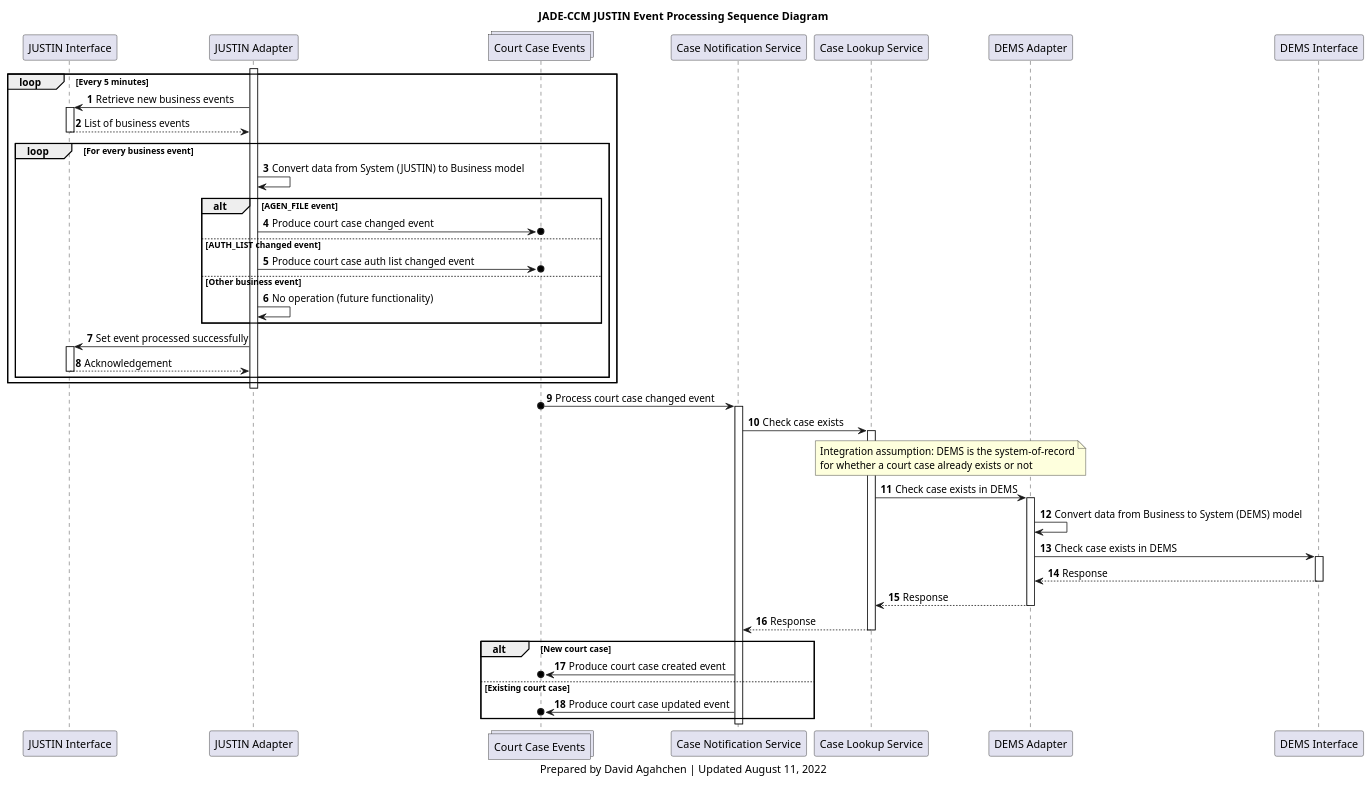
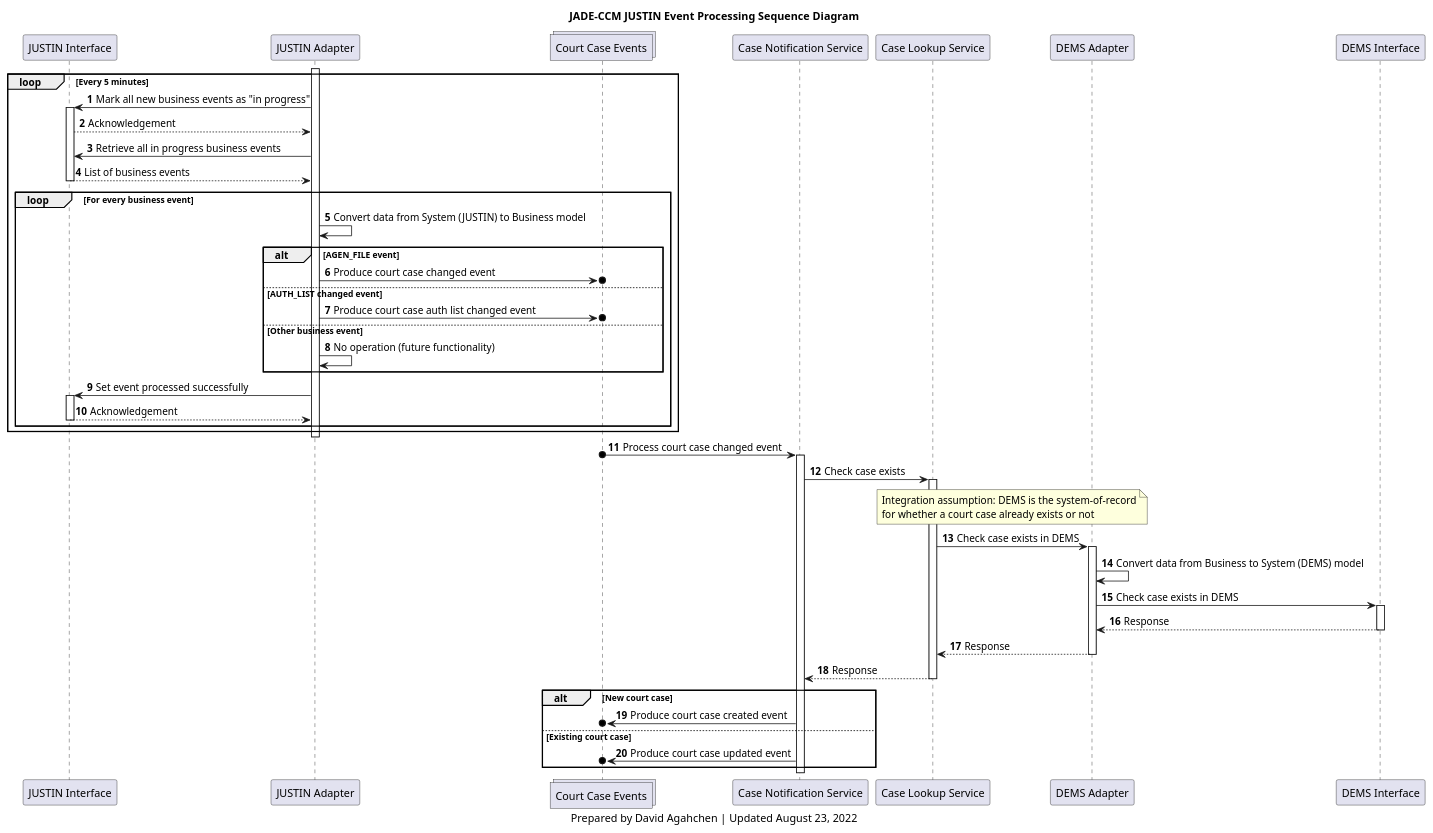
Before and after one commit to bcgov/jpss-jade-ccm: the diagram in img/src/ccm_justin_event_processing_sequence_diagram.plantuml, drawn with PlantUML. The commit also changed 5 other files, not shown here.

```diff
--- a/img/src/ccm_justin_event_processing_sequence_diagram.plantuml
+++ b/img/src/ccm_justin_event_processing_sequence_diagram.plantuml
@@ -1,69 +1,71 @@
 @startuml
 'hide footbox
 participant j_interface as "JUSTIN Interface"
 participant j_adapter as "JUSTIN Adapter"
 collections court_cases_topic as "Court Case Events"
 participant case_notification_service as "Case Notification Service"
 participant case_lookup_service as "Case Lookup Service"
 participant d_adapter as "DEMS Adapter"
 participant d_interface as "DEMS Interface"
 
 title
 JADE-CCM JUSTIN Event Processing Sequence Diagram
 end title
 
 autonumber
 
 activate j_adapter
 loop Every 5 minutes
-    j_adapter-> j_interface: Retrieve new business events
+    j_adapter-> j_interface: Mark all new business events as "in progress"
     activate j_interface
+    j_interface --> j_adapter: Acknowledgement
+    j_adapter-> j_interface: Retrieve all in progress business events
     j_interface --> j_adapter: List of business events
     deactivate j_interface
     loop For every business event
         j_adapter -> j_adapter: Convert data from System (JUSTIN) to Business model
         alt AGEN_FILE event
             j_adapter ->o court_cases_topic: Produce court case changed event
         else AUTH_LIST changed event
             j_adapter ->o court_cases_topic: Produce court case auth list changed event
         else Other business event
             j_adapter -> j_adapter: No operation (future functionality)
         end
         j_adapter -> j_interface: Set event processed successfully
         activate j_interface
         j_interface --> j_adapter: Acknowledgement
         deactivate j_interface
     end
 end
 deactivate j_adapter
 
 court_cases_topic o-> case_notification_service: Process court case changed event
 activate case_notification_service
 case_notification_service -> case_lookup_service: Check case exists
 activate case_lookup_service
 note over case_lookup_service, d_adapter
 Integration assumption: DEMS is the system-of-record
 for whether a court case already exists or not
 end note
 case_lookup_service -> d_adapter: Check case exists in DEMS
 activate d_adapter
 d_adapter -> d_adapter: Convert data from Business to System (DEMS) model
 d_adapter -> d_interface: Check case exists in DEMS
 activate d_interface
 d_interface --> d_adapter: Response
 deactivate d_interface
 d_adapter --> case_lookup_service: Response
 deactivate d_adapter
 case_lookup_service --> case_notification_service: Response
 deactivate case_lookup_service
 alt New court case
     case_notification_service ->o court_cases_topic: Produce court case created event
 else Existing court case
     case_notification_service ->o court_cases_topic: Produce court case updated event
 end
 deactivate case_notification_service
 
 caption
-Prepared by David Agahchen | Updated August 11, 2022
+Prepared by David Agahchen | Updated August 23, 2022
 end caption
 @enduml
```
